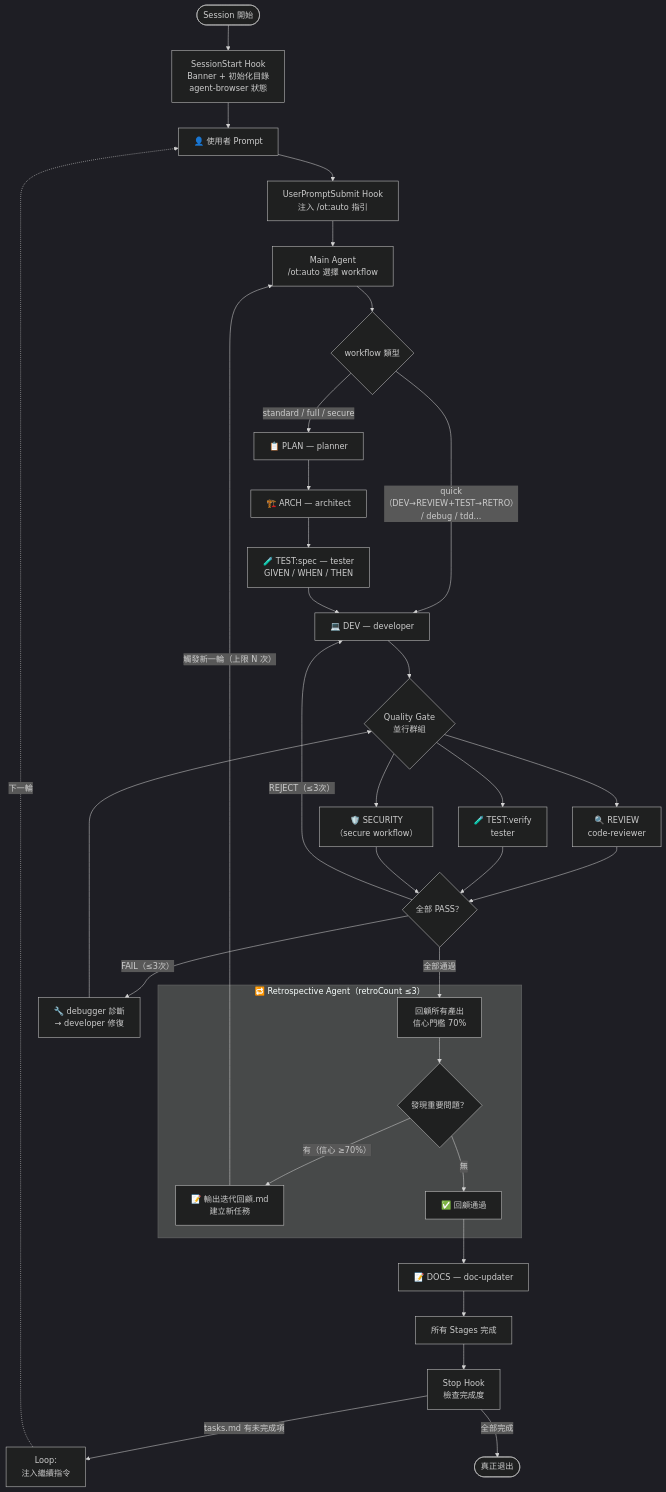
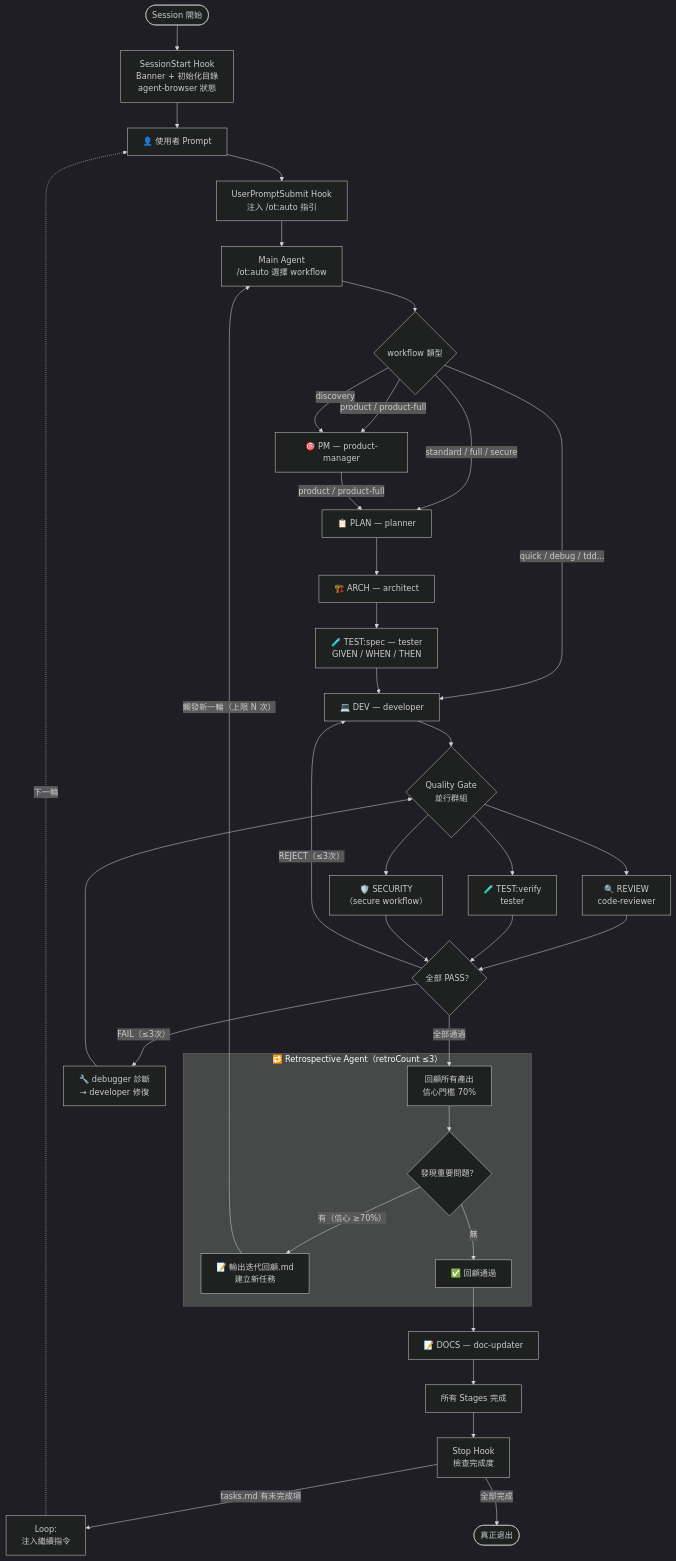
The second of 3 diagrams in docs/spec/workflow-diagram.md (ryu111/overtone), drawn with Mermaid (dark theme) before and after one commit. The commit also changed other lines of this file and 20 other files, not shown here.

````diff
--- a/docs/spec/workflow-diagram.md
+++ b/docs/spec/workflow-diagram.md
@@ -46,48 +46,51 @@
 ```mermaid
 flowchart TB
     START(["Session 開始"]) --> SS_HOOK["SessionStart Hook\nBanner + 初始化目錄\nagent-browser 狀態"]
 
     SS_HOOK --> PROMPT["👤 使用者 Prompt"]
     PROMPT --> US_HOOK["UserPromptSubmit Hook\n注入 /ot:auto 指引"]
     US_HOOK --> MAIN["Main Agent\n/ot:auto 選擇 workflow"]
 
     MAIN --> WFSEL{"workflow 類型"}
 
+    WFSEL -->|"product / product-full"| PM["🎯 PM — product-manager"]
+    WFSEL -->|"discovery"| PM
     WFSEL -->|"standard / full / secure"| PLAN["📋 PLAN — planner"]
-    WFSEL -->|"quick（DEV→REVIEW+TEST→RETRO）\n/ debug / tdd..."| DEV
+    WFSEL -->|"quick / debug / tdd..."| DEV
+    PM -->|"product / product-full"| PLAN
 
     PLAN --> ARCH["🏗️ ARCH — architect"]
     ARCH --> TSPEC["🧪 TEST:spec — tester\nGIVEN / WHEN / THEN"]
     TSPEC --> DEV["💻 DEV — developer"]
 
     DEV --> QG{"Quality Gate\n並行群組"}
     QG --> REV["🔍 REVIEW\ncode-reviewer"]
     QG --> TEST["🧪 TEST:verify\ntester"]
     QG --> SEC["🛡️ SECURITY\n（secure workflow）"]
 
     REV & TEST & SEC --> PASS{"全部 PASS？"}
 
     PASS -->|"FAIL（≤3次）"| DBG["🔧 debugger 診斷\n→ developer 修復"]
     DBG --> QG
 
     PASS -->|"REJECT（≤3次）"| DEV
     PASS -->|"全部通過"| RETRO
 
     subgraph RETRO_BOX["🔁 Retrospective Agent（retroCount ≤3）"]
         RETRO["回顧所有產出\n信心門檻 70%"]
         RETRO --> RCHECK{"發現重要問題？"}
         RCHECK -->|"有（信心 ≥70%）"| ROUT["📝 輸出迭代回顧.md\n建立新任務"]
         RCHECK -->|"無"| RDONE["✅ 回顧通過"]
     end
 
     ROUT -->|"觸發新一輪（上限 N 次）"| MAIN
     RDONE --> DOCS["📝 DOCS — doc-updater"]
 
     DOCS --> ALL_DONE["所有 Stages 完成"]
     ALL_DONE --> STOP_HOOK["Stop Hook\n檢查完成度"]
 
     STOP_HOOK -->|"tasks.md 有未完成項"| LOOP["Loop:\n注入繼續指令"]
     STOP_HOOK -->|"全部完成"| REAL_EXIT(["真正退出"])
 
     LOOP -.->|"下一輪"| PROMPT
 ```
````
